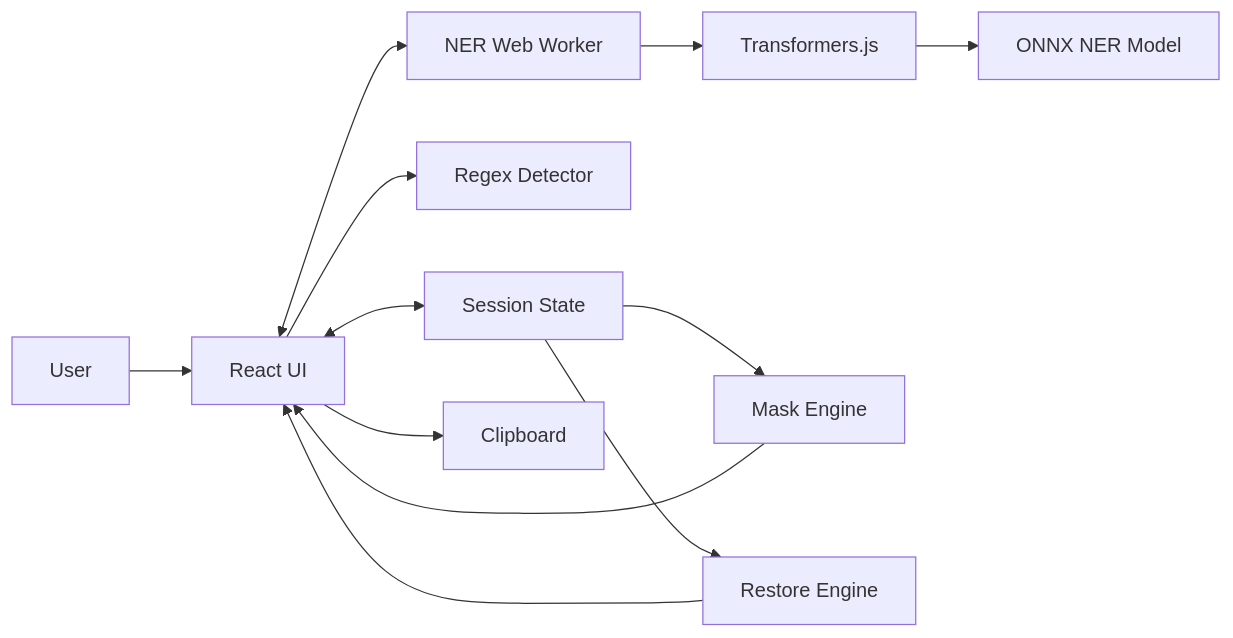
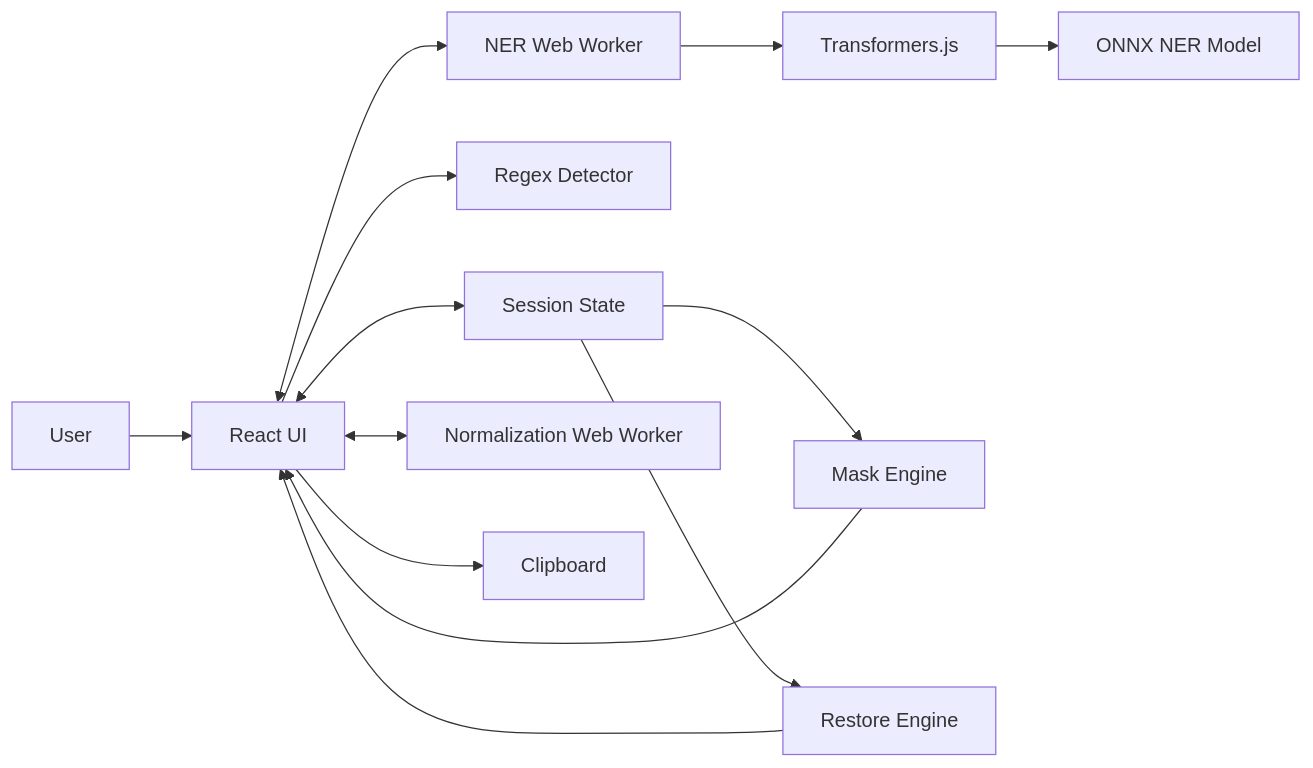
One commit to Bamboosato/local-pii-masker changed the first of 5 diagrams in docs/architecture.md. Above: the diagram before and after it, drawn with Mermaid. The commit also changed other lines of this file and 21 other files, not shown here.

````diff
--- a/docs/architecture.md
+++ b/docs/architecture.md
@@ -31,25 +34,27 @@
 ```mermaid
 flowchart LR
     U[User]
     UI[React UI]
     ST[Session State]
     RG[Regex Detector]
     WK[NER Web Worker]
+    NW[Normalization Web Worker]
     TF[Transformers.js]
     MD[ONNX NER Model]
     ME[Mask Engine]
     RE[Restore Engine]
     CB[Clipboard]
 
     U --> UI
     UI <--> ST
     UI --> RG
     UI <--> WK
+    UI <--> NW
     WK --> TF
     TF --> MD
     ST --> ME
     ME --> UI
     ST --> RE
     RE --> UI
     UI --> CB
 ```
````
